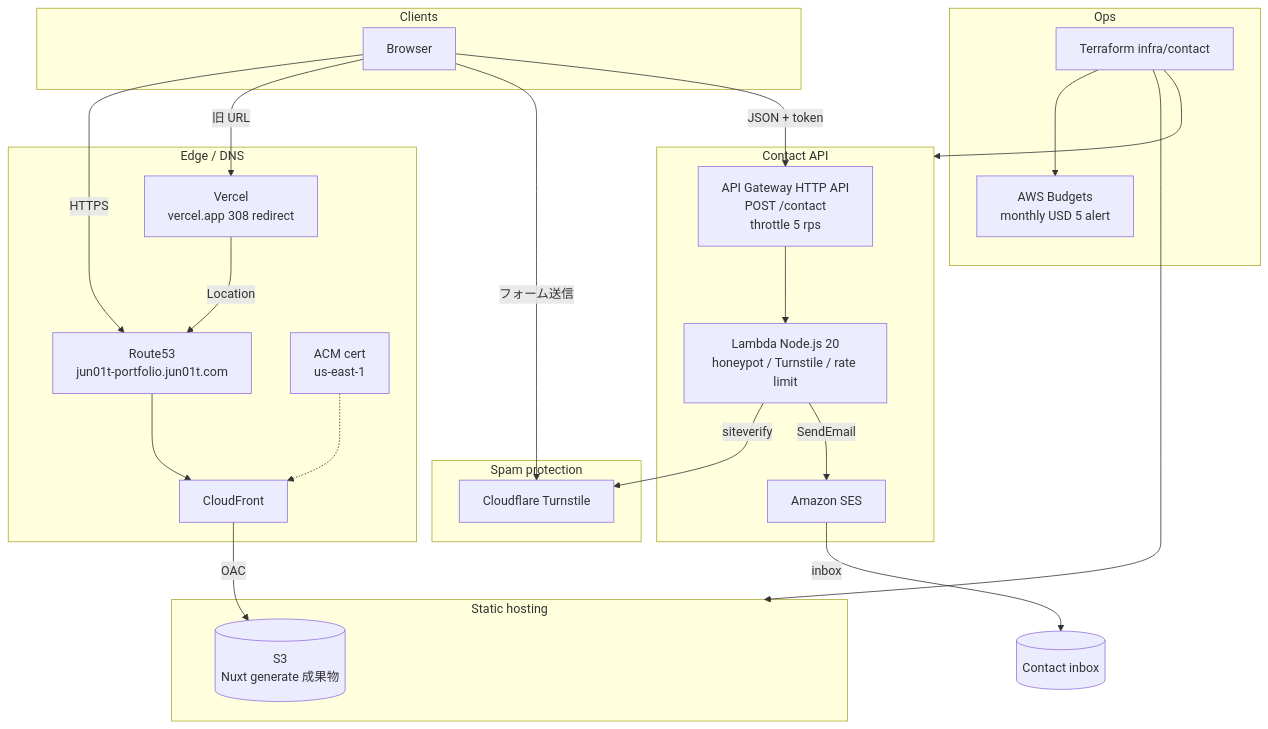
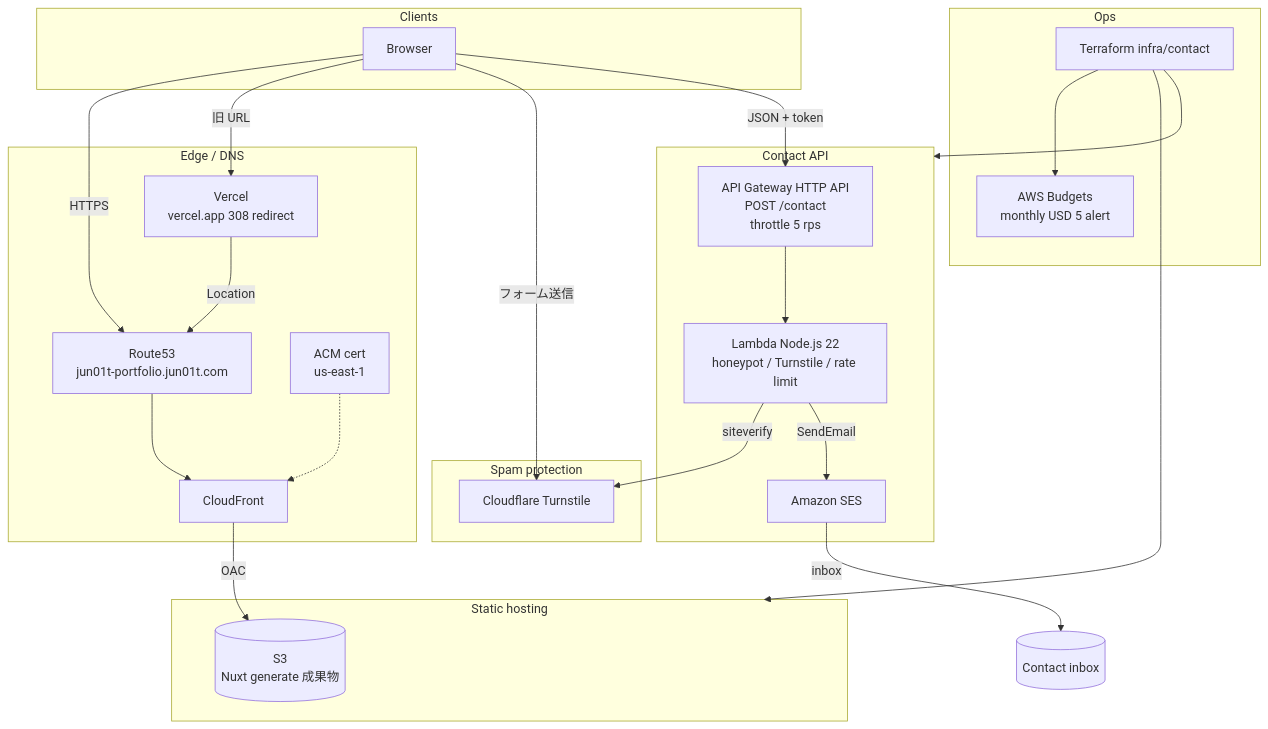
The diagram in README.md (jun01t/jun01t-portfolio), drawn with Mermaid before and after one commit. The commit also changed 1 other file, not shown here.

Commit message:
LambdaランタイムをNode.js 22に上げてEOL対応する

````diff
--- a/README.md
+++ b/README.md
@@ -21,50 +21,50 @@
 ```mermaid
 flowchart TB
   subgraph clients [Clients]
     User[Browser]
   end
 
   subgraph edge [Edge / DNS]
     R53["Route53<br/>jun01t-portfolio.jun01t.com"]
     ACM["ACM cert<br/>us-east-1"]
     CF[CloudFront]
     Vercel["Vercel<br/>vercel.app 308 redirect"]
   end
 
   subgraph hosting [Static hosting]
     S3[("S3<br/>Nuxt generate 成果物")]
   end
 
   subgraph contact [Contact API]
     APIGW["API Gateway HTTP API<br/>POST /contact<br/>throttle 5 rps"]
-    Lambda["Lambda Node.js 20<br/>honeypot / Turnstile / rate limit"]
+    Lambda["Lambda Node.js 22<br/>honeypot / Turnstile / rate limit"]
     SES[Amazon SES]
   end
 
   subgraph spam [Spam protection]
     Turnstile[Cloudflare Turnstile]
   end
 
   subgraph ops [Ops]
     TF["Terraform infra/contact"]
     Budget["AWS Budgets<br/>monthly USD 5 alert"]
   end
 
   User -->|HTTPS| R53
   User -->|旧 URL| Vercel
   Vercel -->|Location| R53
   R53 --> CF
   ACM -.-> CF
   CF -->|OAC| S3
 
   User -->|フォーム送信| Turnstile
   User -->|JSON + token| APIGW
   APIGW --> Lambda
   Lambda -->|siteverify| Turnstile
   Lambda -->|SendEmail| SES
   SES -->|inbox| Mail[("Contact inbox")]
 
   TF --> hosting
   TF --> contact
   TF --> Budget
 ```
````
